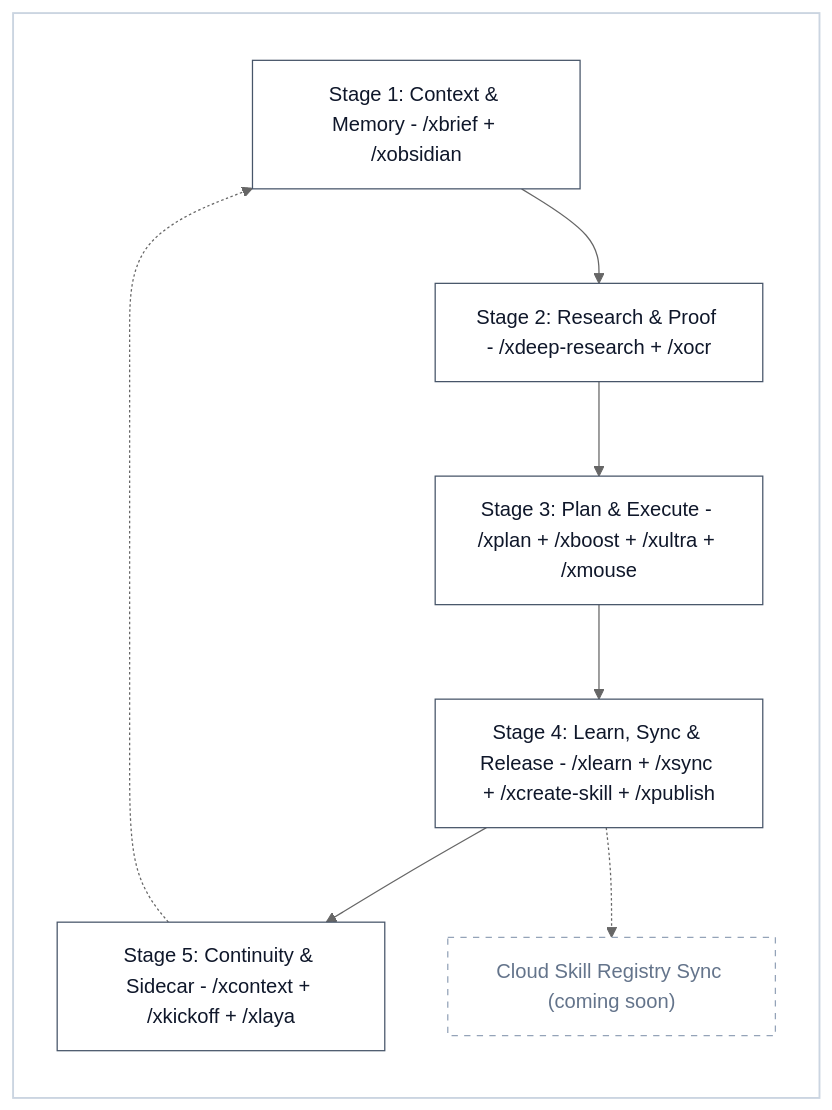
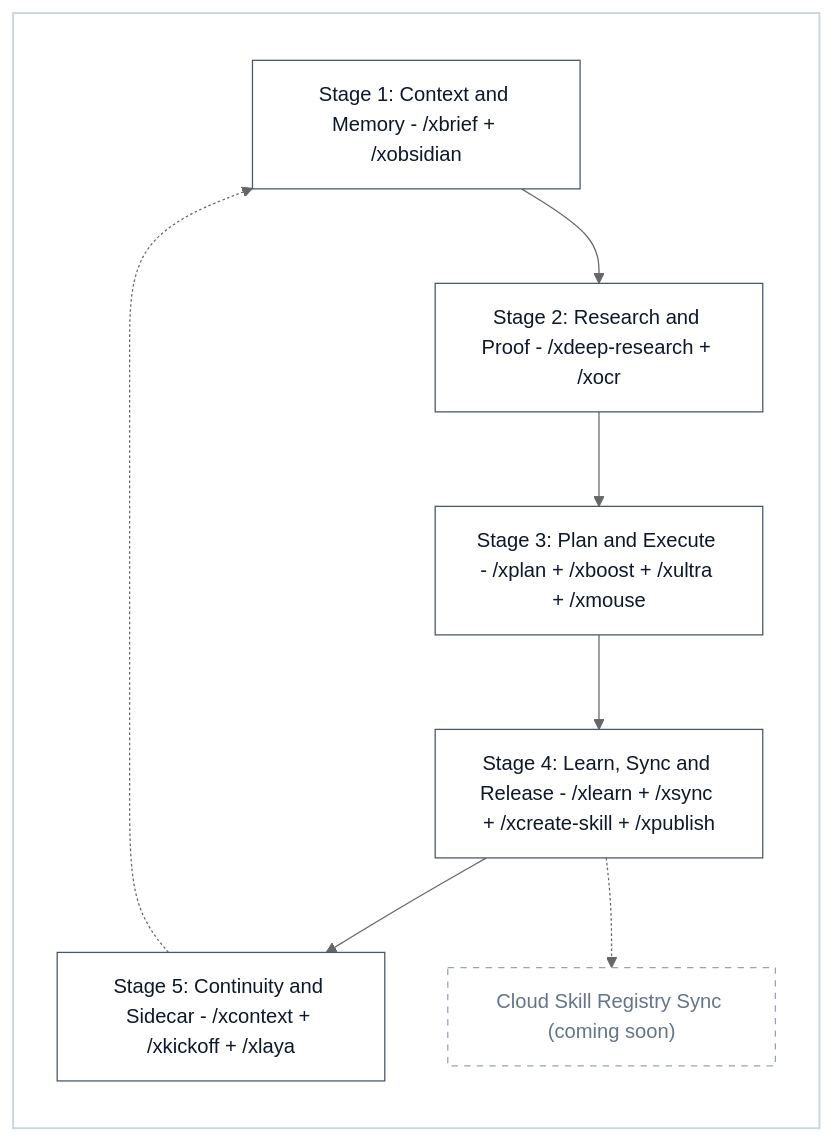
The first of 2 diagrams in README.md (iscvlab/xboost), drawn with Mermaid before and after one commit. The commit also changed other lines of this file and 11 other files, not shown here.

Commit message:
feat(xlaya): upgrade /xlaya to v2.0.0 with resident MCP server, 4-axis benchmarks & 10-engine sync

````diff
--- a/README.md
+++ b/README.md
@@ -50,22 +50,22 @@
 ```mermaid
 %%{init: {'theme': 'neutral'}}%%
 flowchart LR
     subgraph Canvas [" "]
-        S1["Stage 1: Context & Memory - /xbrief + /xobsidian"]
-        S2["Stage 2: Research & Proof - /xdeep-research + /xocr"]
-        S3["Stage 3: Plan & Execute - /xplan + /xboost + /xultra + /xmouse"]
-        S4["Stage 4: Learn, Sync & Release - /xlearn + /xsync + /xcreate-skill + /xpublish"]
-        S5["Stage 5: Continuity & Sidecar - /xcontext + /xkickoff + /xlaya"]
+        S1["Stage 1: Context and Memory - /xbrief + /xobsidian"]
+        S2["Stage 2: Research and Proof - /xdeep-research + /xocr"]
+        S3["Stage 3: Plan and Execute - /xplan + /xboost + /xultra + /xmouse"]
+        S4["Stage 4: Learn, Sync and Release - /xlearn + /xsync + /xcreate-skill + /xpublish"]
+        S5["Stage 5: Continuity and Sidecar - /xcontext + /xkickoff + /xlaya"]
         REG["Cloud Skill Registry Sync (coming soon)"]
 
         S1 --> S2
         S2 --> S3
         S3 --> S4
         S4 --> S5
         S5 -.-> S1
         S4 -.-> REG
     end
     classDef default fill:#ffffff,stroke:#475569,color:#0f172a,stroke-width:1px
     style Canvas fill:#ffffff,stroke:#cbd5e1,stroke-width:1.5px,color:#0f172a
     style REG fill:#ffffff,stroke:#94a3b8,stroke-dasharray: 5 5,color:#64748b
 ```
````
